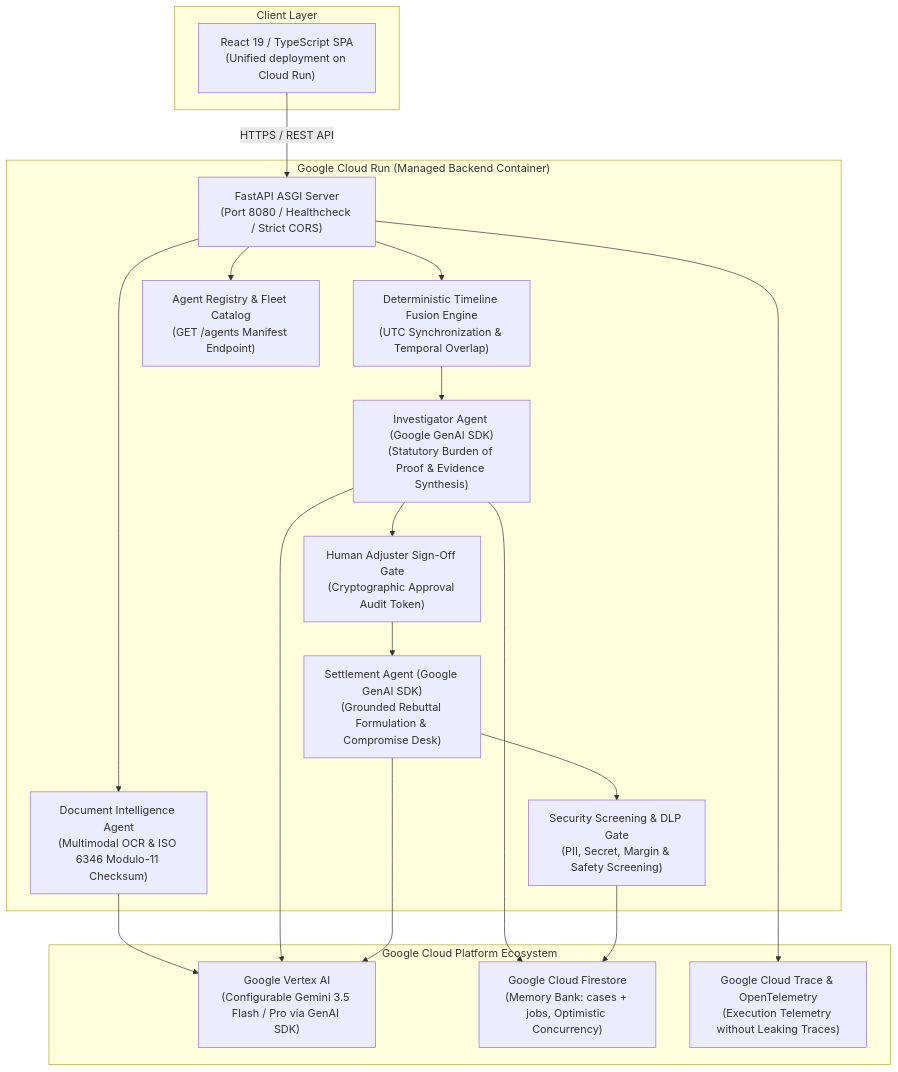
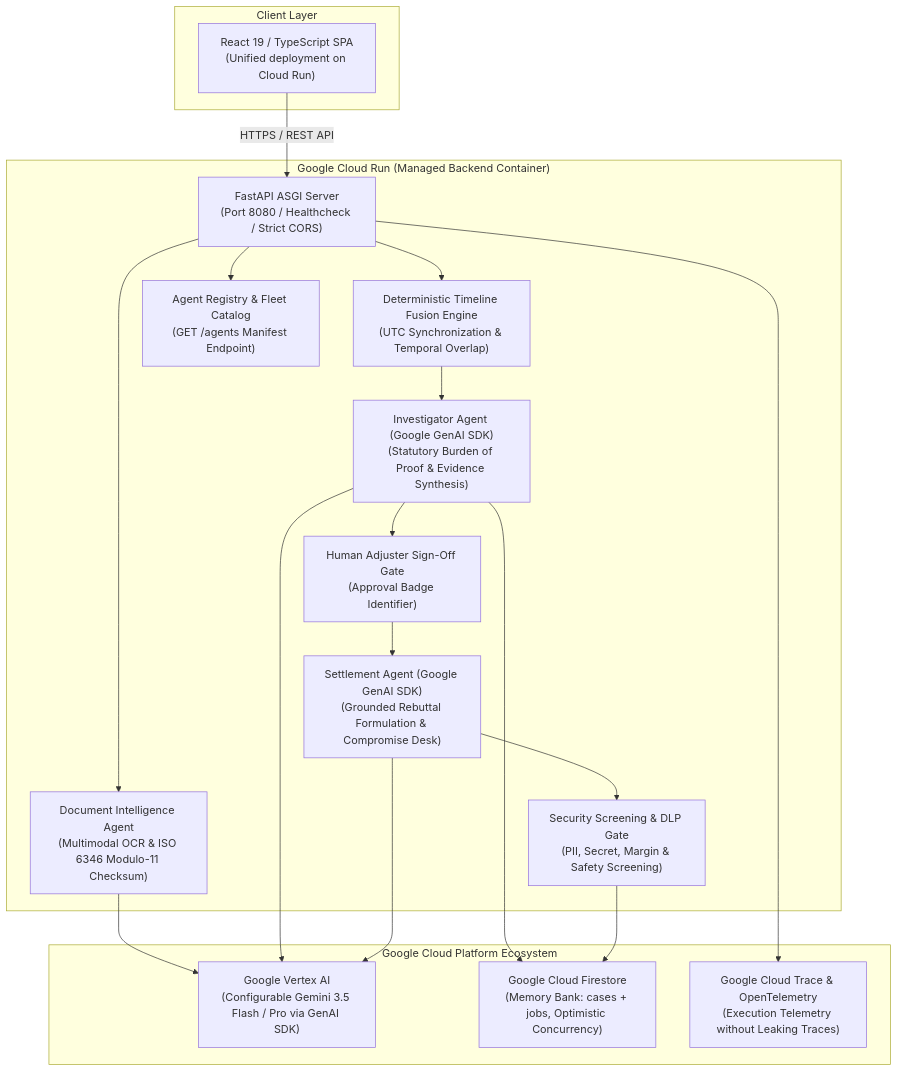
Before and after one commit to malicodes2/SubroGate: the second of 2 diagrams in README.md, drawn with Mermaid. The commit also changed other lines of this file and 2 other files, not shown here.

Commit message:
docs: align approval token terminology to approval badge identifier

````diff
--- a/README.md
+++ b/README.md
@@ -71,38 +71,38 @@
 ```mermaid
 flowchart TD
     subgraph ClientLayer ["Client Layer"]
         A["React 19 / TypeScript SPA<br>(Unified deployment on Cloud Run)"]
     end
 
     subgraph BackendCloudRun ["Google Cloud Run (Managed Backend Container)"]
         B["FastAPI ASGI Server<br>(Port 8080 / Healthcheck / Strict CORS)"]
         C["Deterministic Timeline Fusion Engine<br>(UTC Synchronization & Temporal Overlap)"]
         D["Document Intelligence Agent<br>(Multimodal OCR & ISO 6346 Modulo-11 Checksum)"]
         E["Investigator Agent (Google GenAI SDK)<br>(Statutory Burden of Proof & Evidence Synthesis)"]
-        F["Human Adjuster Sign-Off Gate<br>(Cryptographic Approval Audit Token)"]
+        F["Human Adjuster Sign-Off Gate<br>(Approval Badge Identifier)"]
         G["Settlement Agent (Google GenAI SDK)<br>(Grounded Rebuttal Formulation & Compromise Desk)"]
         H["Security Screening & DLP Gate<br>(PII, Secret, Margin & Safety Screening)"]
         REG["Agent Registry & Fleet Catalog<br>(GET /agents Manifest Endpoint)"]
     end
 
     subgraph GoogleCloudPlatform ["Google Cloud Platform Ecosystem"]
         I["Google Vertex AI<br>(Configurable Gemini 3.5 Flash / Pro via GenAI SDK)"]
         J["Google Cloud Firestore<br>(Memory Bank: cases + jobs, Optimistic Concurrency)"]
         K["Google Cloud Trace & OpenTelemetry<br>(Execution Telemetry without Leaking Traces)"]
     end
 
     A -->|HTTPS / REST API| B
     B --> REG
     B --> C
     B --> D
     D --> I
     C --> E
     E --> I
     E --> J
     E --> F
     F --> G
     G --> I
     G --> H
     H --> J
     B --> K
 ```
````
